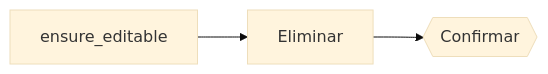
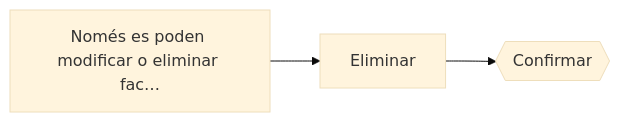
One commit to EloiSans/python-resource-engine changed the fifth of 6 diagrams in examples/invoices/docs/resources/invoices.md. Above: the diagram before and after it, drawn with Mermaid (base theme). The commit also changed other lines of this file and 41 other files, not shown here.

````diff
--- a/examples/invoices/docs/resources/invoices.md
+++ b/examples/invoices/docs/resources/invoices.md
@@ -260,8 +238,8 @@
 ```mermaid
 flowchart LR
-    s0["ensure_editable"]
+    s0["Només es poden modificar o eliminar fac…"]
     s1["Eliminar"]
     s0 --> s1
     s2{{"Confirmar"}}
     s1 --> s2
 ```
````
